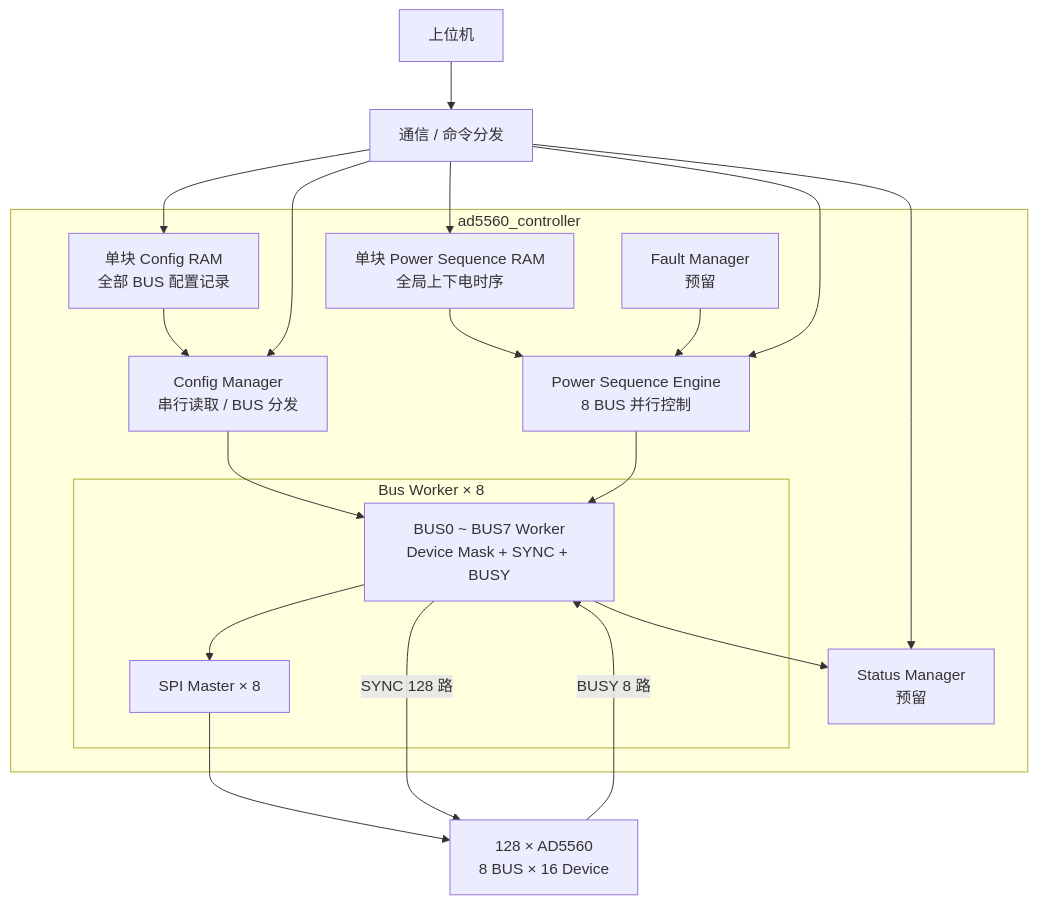
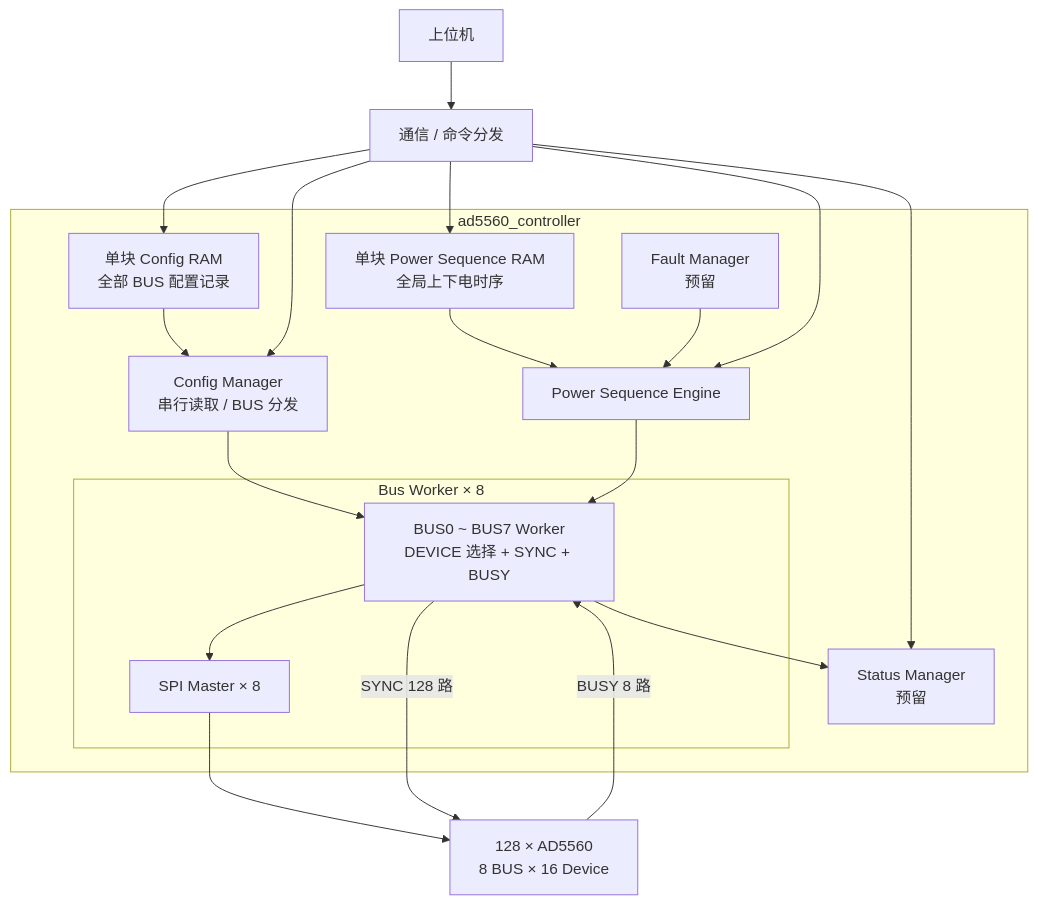
The diagram in AD5560/SYSTEM_ARCHITECTURE.md (hhanghhhhh/hbm_proj), drawn with Mermaid before and after one commit. The commit also changed other lines of this file, not shown here.

Commit message:
docs: remove multi-SYNC broadcast scheme

````diff
--- a/AD5560/SYSTEM_ARCHITECTURE.md
+++ b/AD5560/SYSTEM_ARCHITECTURE.md
@@ -159,44 +128,44 @@
 ```mermaid
 flowchart TB
     PC[上位机]
     COMM[通信 / 命令分发]
 
     subgraph CTRL[ad5560_controller]
         CRAM[单块 Config RAM\n全部 BUS 配置记录]
         CM[Config Manager\n串行读取 / BUS 分发]
 
         PSRAM[单块 Power Sequence RAM\n全局上下电时序]
-        PSE[Power Sequence Engine\n8 BUS 并行控制]
+        PSE[Power Sequence Engine]
 
         FM[Fault Manager\n预留]
         SM[Status Manager\n预留]
 
         subgraph BUS[Bus Worker × 8]
-            BW[BUS0 ~ BUS7 Worker\nDevice Mask + SYNC + BUSY]
+            BW[BUS0 ~ BUS7 Worker\nDEVICE 选择 + SYNC + BUSY]
             SPI[SPI Master × 8]
             BW --> SPI
         end
 
         CRAM --> CM
         CM --> BW
 
         PSRAM --> PSE
         PSE --> BW
 
         BW --> SM
         FM --> PSE
     end
 
     DEV[128 × AD5560\n8 BUS × 16 Device]
 
     PC --> COMM
     COMM --> CRAM
     COMM --> CM
     COMM --> PSRAM
     COMM --> PSE
     COMM --> SM
 
     SPI --> DEV
     BW -->|SYNC 128 路| DEV
     DEV -->|BUSY 8 路| BW
 ```
````
